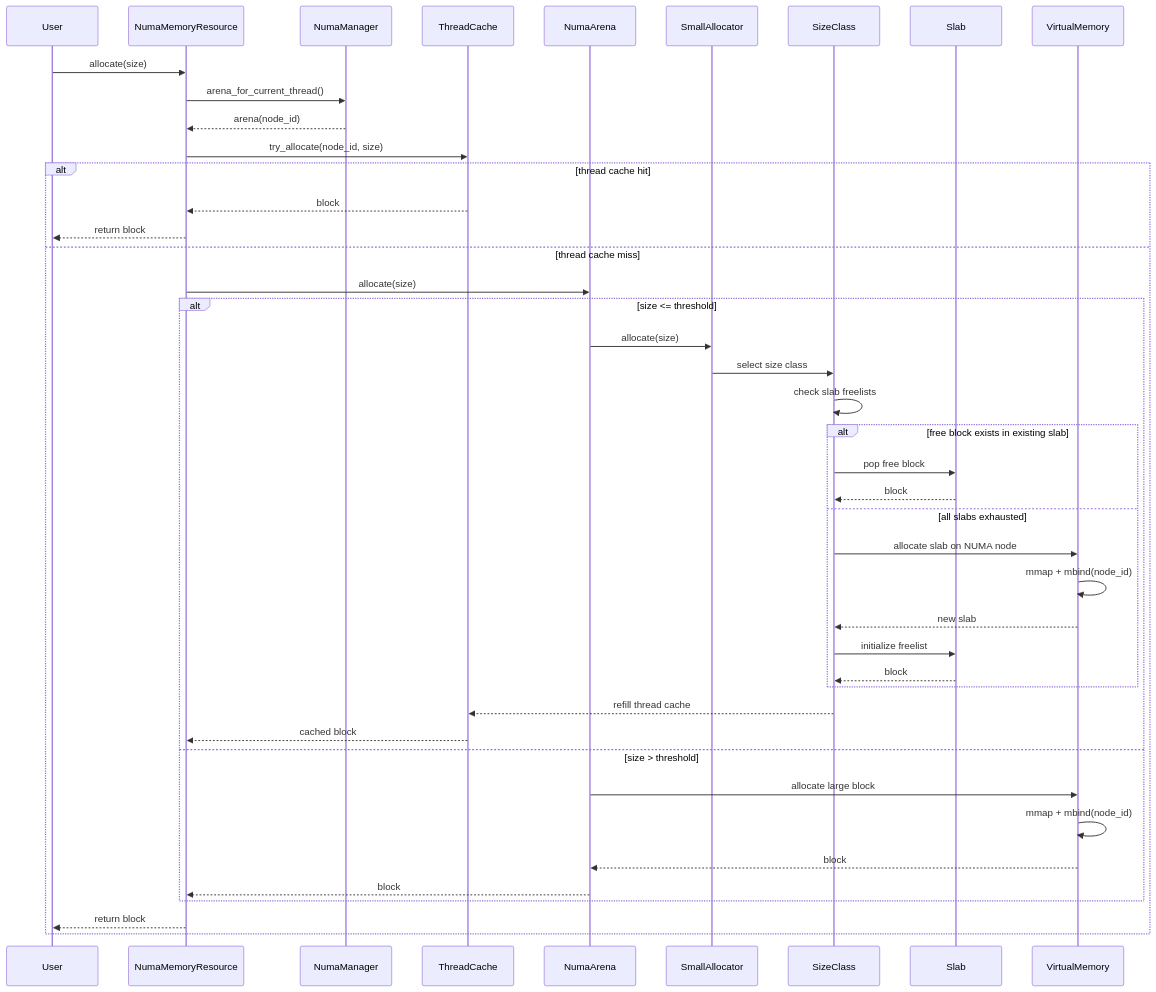
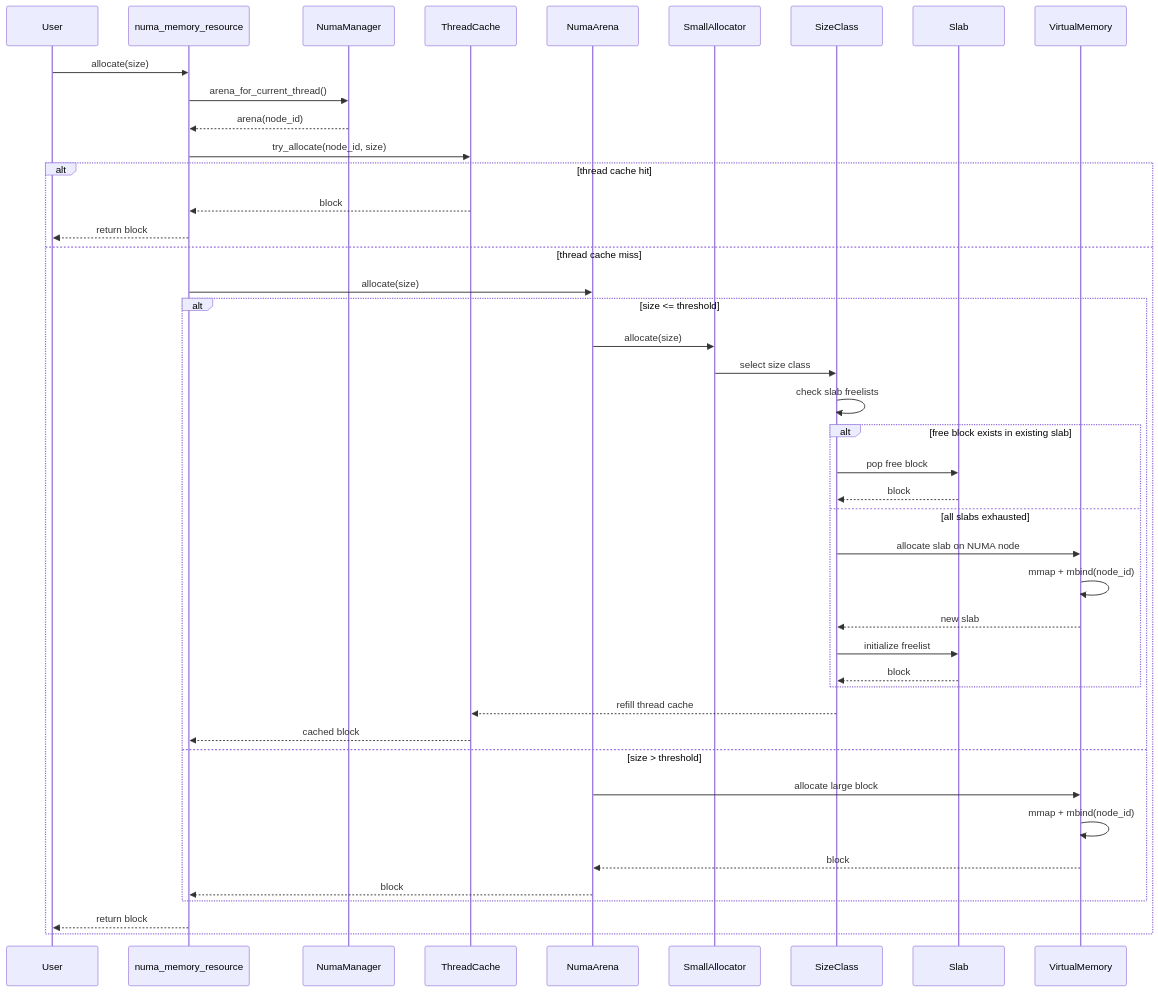
Before and after one commit to donar337/numa-pmr: the diagram in graphic/allocation.md, drawn with Mermaid. The commit also changed 8 other files, not shown here.

````diff
--- a/graphic/allocation.md
+++ b/graphic/allocation.md
@@ -1,71 +1,71 @@
 ```mermaid
 sequenceDiagram
     participant User
-    participant PMR as NumaMemoryResource
+    participant PMR as numa_memory_resource
     participant Manager as NumaManager
     participant TLC as ThreadCache
     participant Arena as NumaArena
     participant Small as SmallAllocator
     participant SC as SizeClass
     participant Slab
     participant VM as VirtualMemory
 
     User->>PMR: allocate(size)
 
     PMR->>Manager: arena_for_current_thread()
     Manager-->>PMR: arena(node_id)
 
     PMR->>TLC: try_allocate(node_id, size)
 
     alt thread cache hit
 
         TLC-->>PMR: block
         PMR-->>User: return block
 
     else thread cache miss
 
         PMR->>Arena: allocate(size)
 
         alt size <= threshold
 
             Arena->>Small: allocate(size)
 
             Small->>SC: select size class
 
             SC->>SC: check slab freelists
 
             alt free block exists in existing slab
 
                 SC->>Slab: pop free block
                 Slab-->>SC: block
 
             else all slabs exhausted
 
                 SC->>VM: allocate slab on NUMA node
                 VM->>VM: mmap + mbind(node_id)
 
                 VM-->>SC: new slab
 
                 SC->>Slab: initialize freelist
                 Slab-->>SC: block
 
             end
 
             SC-->>TLC: refill thread cache
             TLC-->>PMR: cached block
 
         else size > threshold
 
             Arena->>VM: allocate large block
             VM->>VM: mmap + mbind(node_id)
 
             VM-->>Arena: block
 
             Arena-->>PMR: block
 
         end
 
         PMR-->>User: return block
 
     end
 ```
````
